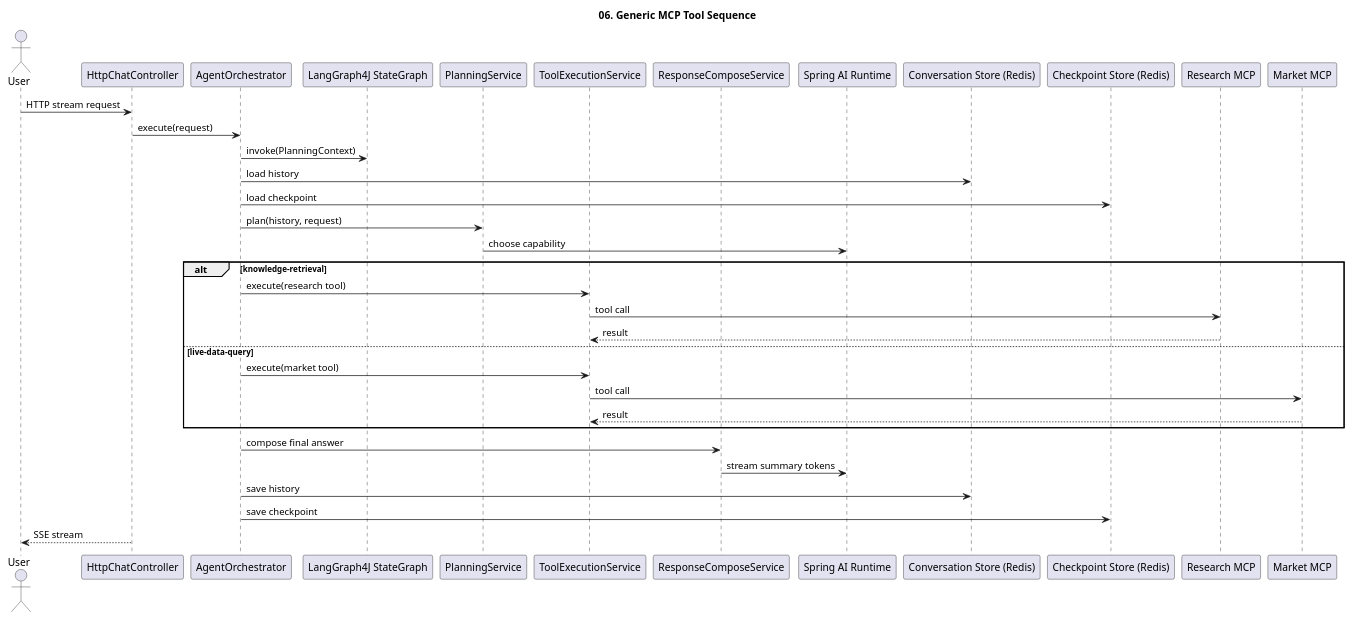
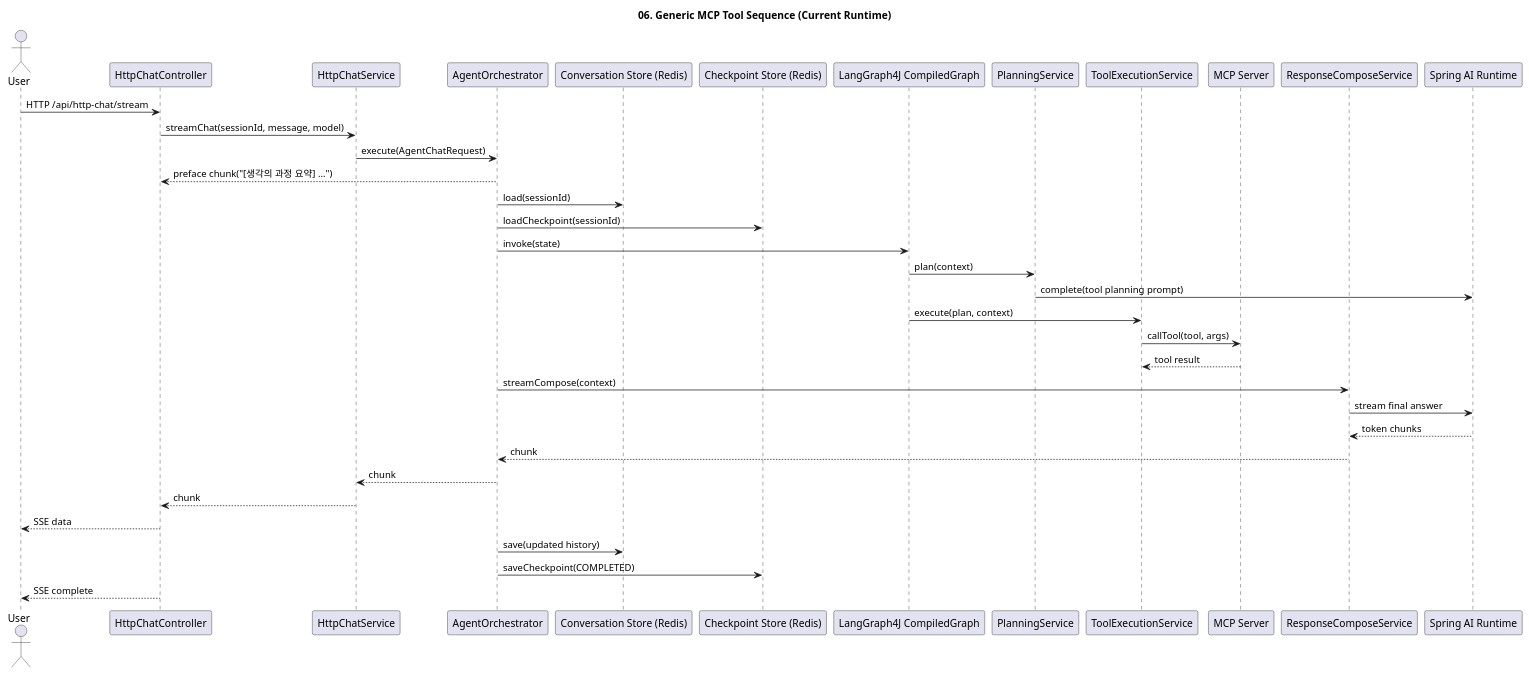
The diagram in documents/mcp-orchestrator-architecture/06-product-mcp-sequence.puml (kim57uak/spring-ai), drawn with PlantUML before and after one commit. The commit also changed 63 other files, not shown here.

Commit message:
Refactor agent architecture, exception layering, and docs sync

```diff
--- a/documents/mcp-orchestrator-architecture/06-product-mcp-sequence.puml
+++ b/documents/mcp-orchestrator-architecture/06-product-mcp-sequence.puml
@@ -1,44 +1,46 @@
 @startuml
 !pragma layout smetana
-title 06. Generic MCP Tool Sequence
+title 06. Generic MCP Tool Sequence (Current Runtime)
 
 skinparam shadowing false
 
 actor User
 participant "HttpChatController" as Controller
+participant "HttpChatService" as ChatService
 participant "AgentOrchestrator" as Orchestrator
-participant "LangGraph4J StateGraph" as StateGraph
+participant "Conversation Store (Redis)" as HistoryRedis
+participant "Checkpoint Store (Redis)" as CheckpointRedis
+participant "LangGraph4J CompiledGraph" as StateGraph
 participant "PlanningService" as Planner
 participant "ToolExecutionService" as Executor
+participant "MCP Server" as McpServer
 participant "ResponseComposeService" as Composer
 participant "Spring AI Runtime" as Runtime
-participant "Conversation Store (Redis)" as HistoryRedis
-participant "Checkpoint Store (Redis)" as CheckpointRedis
-participant "Research MCP" as ResearchMcp
-participant "Market MCP" as MarketMcp
 
-User -> Controller : HTTP stream request
-Controller -> Orchestrator : execute(request)
-Orchestrator -> StateGraph : invoke(PlanningContext)
-Orchestrator -> HistoryRedis : load history
-Orchestrator -> CheckpointRedis : load checkpoint
-Orchestrator -> Planner : plan(history, request)
-Planner -> Runtime : choose capability
+User -> Controller : HTTP /api/http-chat/stream
+Controller -> ChatService : streamChat(sessionId, message, model)
+ChatService -> Orchestrator : execute(AgentChatRequest)
+Orchestrator --> Controller : preface chunk("[생각의 과정 요약] ...")
 
-alt knowledge-retrieval
-  Orchestrator -> Executor : execute(research tool)
-  Executor -> ResearchMcp : tool call
-  ResearchMcp --> Executor : result
-else live-data-query
-  Orchestrator -> Executor : execute(market tool)
-  Executor -> MarketMcp : tool call
-  MarketMcp --> Executor : result
-end
+Orchestrator -> HistoryRedis : load(sessionId)
+Orchestrator -> CheckpointRedis : loadCheckpoint(sessionId)
+Orchestrator -> StateGraph : invoke(state)
+StateGraph -> Planner : plan(context)
+Planner -> Runtime : complete(tool planning prompt)
+StateGraph -> Executor : execute(plan, context)
+Executor -> McpServer : callTool(tool, args)
+McpServer --> Executor : tool result
 
-Orchestrator -> Composer : compose final answer
-Composer -> Runtime : stream summary tokens
-Orchestrator -> HistoryRedis : save history
-Orchestrator -> CheckpointRedis : save checkpoint
-Controller --> User : SSE stream
+Orchestrator -> Composer : streamCompose(context)
+Composer -> Runtime : stream final answer
+Runtime --> Composer : token chunks
+Composer --> Orchestrator : chunk
+Orchestrator --> ChatService : chunk
+ChatService --> Controller : chunk
+Controller --> User : SSE data
+
+Orchestrator -> HistoryRedis : save(updated history)
+Orchestrator -> CheckpointRedis : saveCheckpoint(COMPLETED)
+Controller --> User : SSE complete
 
 @enduml
```
